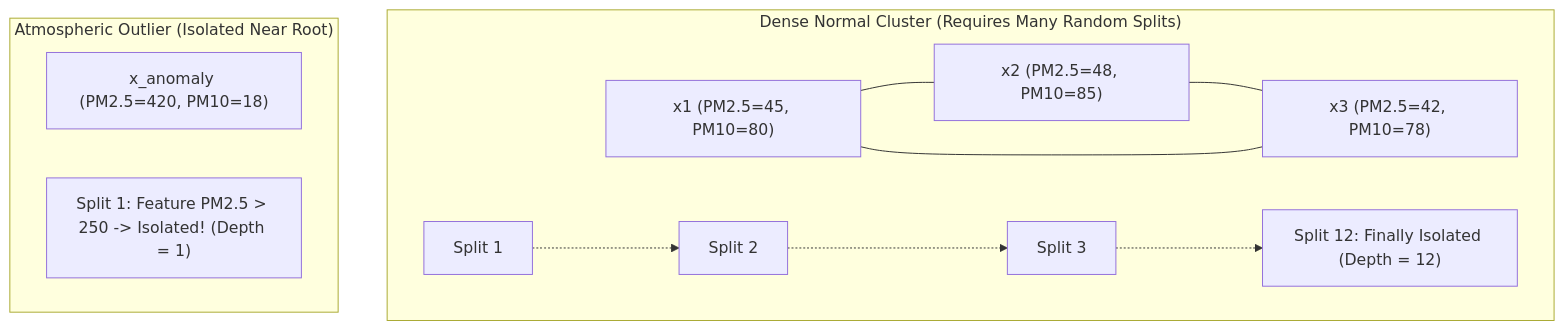
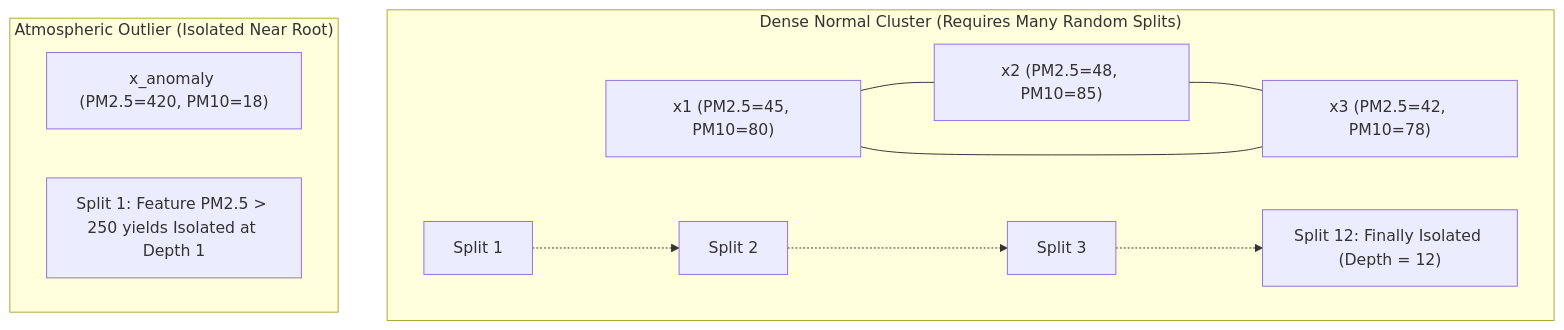
Before and after one commit to HxWildE/AQI_India: the diagram in learning/05_mit_professor_ml_masterclass_isolation_forest.md, drawn with Mermaid. The commit also changed 2 other files, not shown here.

Commit message:
fix(docs): resolve Mermaid syntax parse errors in learning architecture diagrams

````diff
--- a/learning/05_mit_professor_ml_masterclass_isolation_forest.md
+++ b/learning/05_mit_professor_ml_masterclass_isolation_forest.md
@@ -46,14 +46,14 @@
 ```mermaid
 graph TD
     subgraph DenseCluster["Dense Normal Cluster (Requires Many Random Splits)"]
         N1["x1 (PM2.5=45, PM10=80)"] --- N2["x2 (PM2.5=48, PM10=85)"]
         N2 --- N3["x3 (PM2.5=42, PM10=78)"]
         N3 --- N1
         Cut1["Split 1"] -.-> Cut2["Split 2"] -.-> Cut3["Split 3"] -.-> Cut4["Split 12: Finally Isolated (Depth = 12)"]
     end
 
     subgraph Outlier["Atmospheric Outlier (Isolated Near Root)"]
         OUT["x_anomaly (PM2.5=420, PM10=18)"]
-        RootCut["Split 1: Feature PM2.5 > 250 -> Isolated! (Depth = 1)"]
+        RootCut["Split 1: Feature PM2.5 > 250 yields Isolated at Depth 1"]
     end
 ```
````
